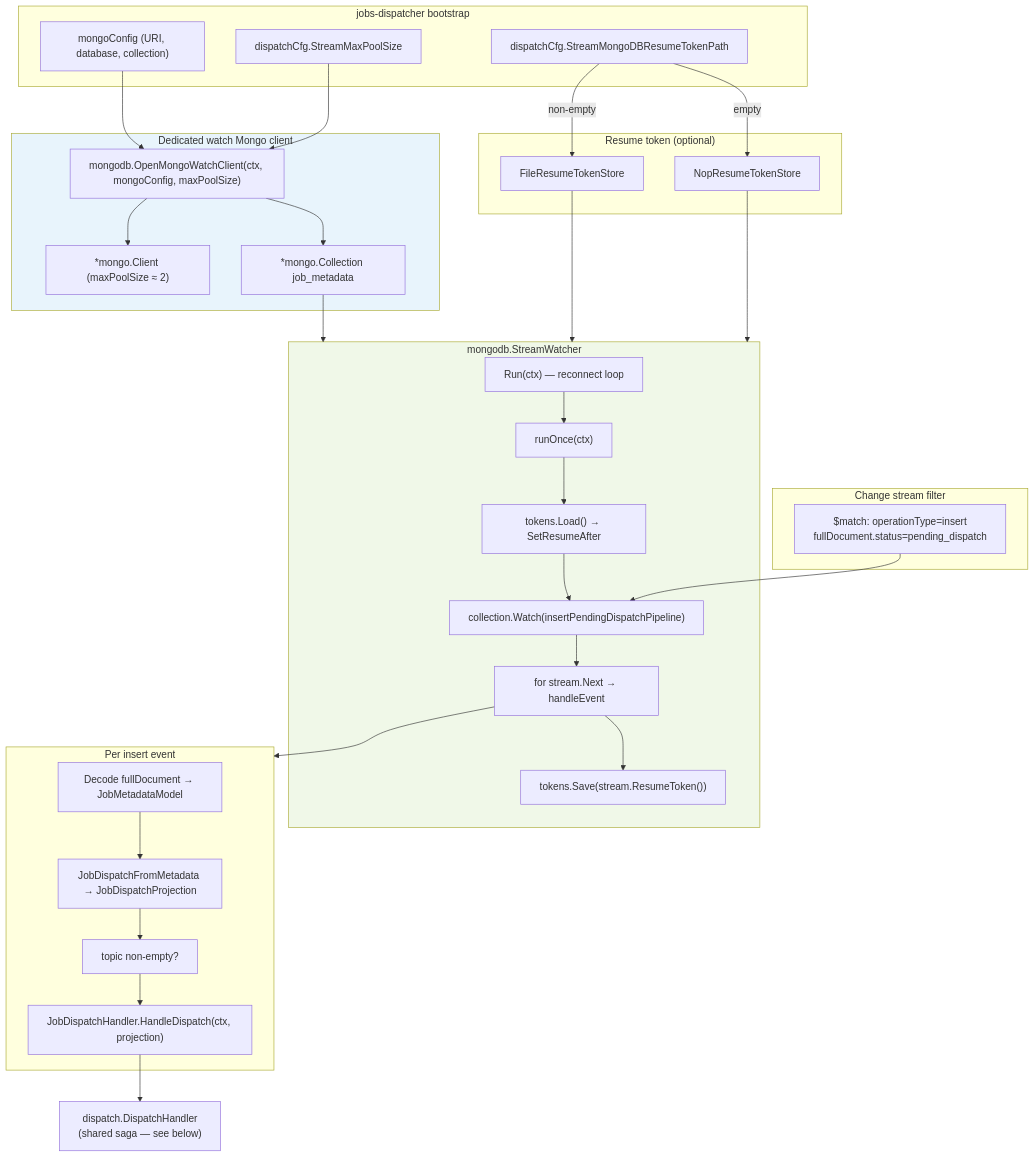
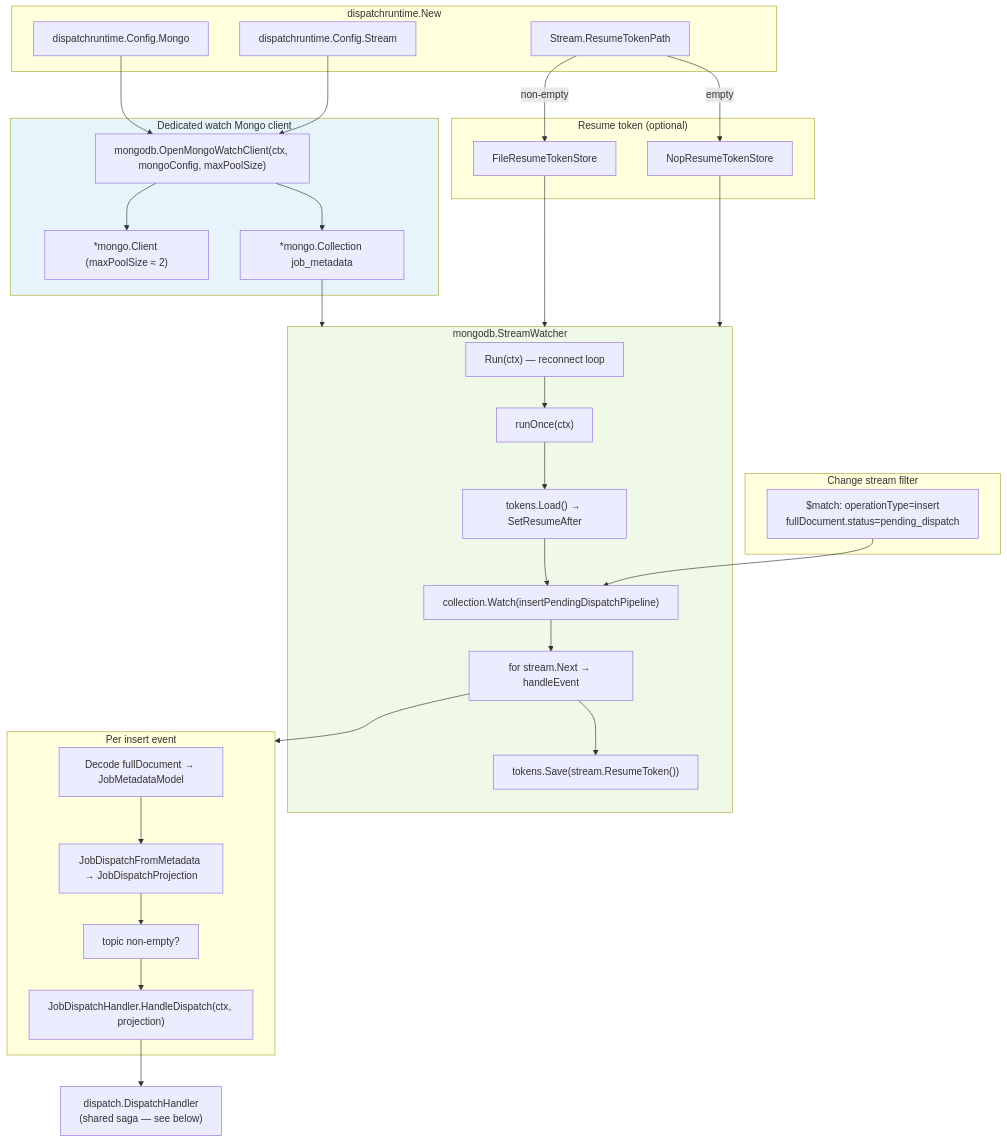
One commit to daconjurer/jobby changed the first of 2 diagrams in docs/architecture/dispatch-worker.md. Above: the diagram before and after it, drawn with Mermaid. The commit also changed other lines of this file and 16 other files, not shown here.

````diff
--- a/docs/architecture/dispatch-worker.md
+++ b/docs/architecture/dispatch-worker.md
@@ -30,58 +36,58 @@
 ```mermaid
 flowchart TB
-    subgraph bootstrap["jobs-dispatcher bootstrap"]
-        CFG["dispatchCfg.StreamMaxPoolSize"]
-        MONGO["mongoConfig (URI, database, collection)"]
-        TOK_CFG["dispatchCfg.StreamMongoDBResumeTokenPath"]
+    subgraph bootstrap["dispatchruntime.New"]
+        CFG["dispatchruntime.Config.Stream"]
+        MONGO["dispatchruntime.Config.Mongo"]
+        TOK_CFG["Stream.ResumeTokenPath"]
     end
 
     subgraph watch_client["Dedicated watch Mongo client"]
         OMW["mongodb.OpenMongoWatchClient(ctx, mongoConfig, maxPoolSize)"]
         WC["*mongo.Client (maxPoolSize ≈ 2)"]
         COLL["*mongo.Collection job_metadata"]
         OMW --> WC
         OMW --> COLL
     end
 
     subgraph resume["Resume token (optional)"]
         TOK_CFG -->|non-empty| FILE["FileResumeTokenStore"]
         TOK_CFG -->|empty| NOP["NopResumeTokenStore"]
     end
 
     subgraph stream_watcher["mongodb.StreamWatcher"]
         RUN["Run(ctx) — reconnect loop"]
         ONCE["runOnce(ctx)"]
         LOAD["tokens.Load() → SetResumeAfter"]
         WATCH["collection.Watch(insertPendingDispatchPipeline)"]
         LOOP["for stream.Next → handleEvent"]
         SAVE["tokens.Save(stream.ResumeToken())"]
         RUN --> ONCE
         ONCE --> LOAD --> WATCH --> LOOP
         LOOP --> SAVE
     end
 
     subgraph pipeline["Change stream filter"]
         PIPE["$match: operationType=insert<br/>fullDocument.status=pending_dispatch"]
     end
 
     subgraph event["Per insert event"]
         DEC["Decode fullDocument → JobMetadataModel"]
         MAP["JobDispatchFromMetadata → JobDispatchProjection"]
         VAL["topic non-empty?"]
         HND["JobDispatchHandler.HandleDispatch(ctx, projection)"]
         DEC --> MAP --> VAL --> HND
     end
 
     MONGO --> OMW
     CFG --> OMW
     COLL --> stream_watcher
     FILE --> stream_watcher
     NOP --> stream_watcher
     PIPE --> WATCH
     LOOP --> event
 
     HND --> SAGA["dispatch.DispatchHandler<br/>(shared saga — see below)"]
 
     style watch_client fill:#e8f4fc
     style stream_watcher fill:#f0f8e8
 ```
````
